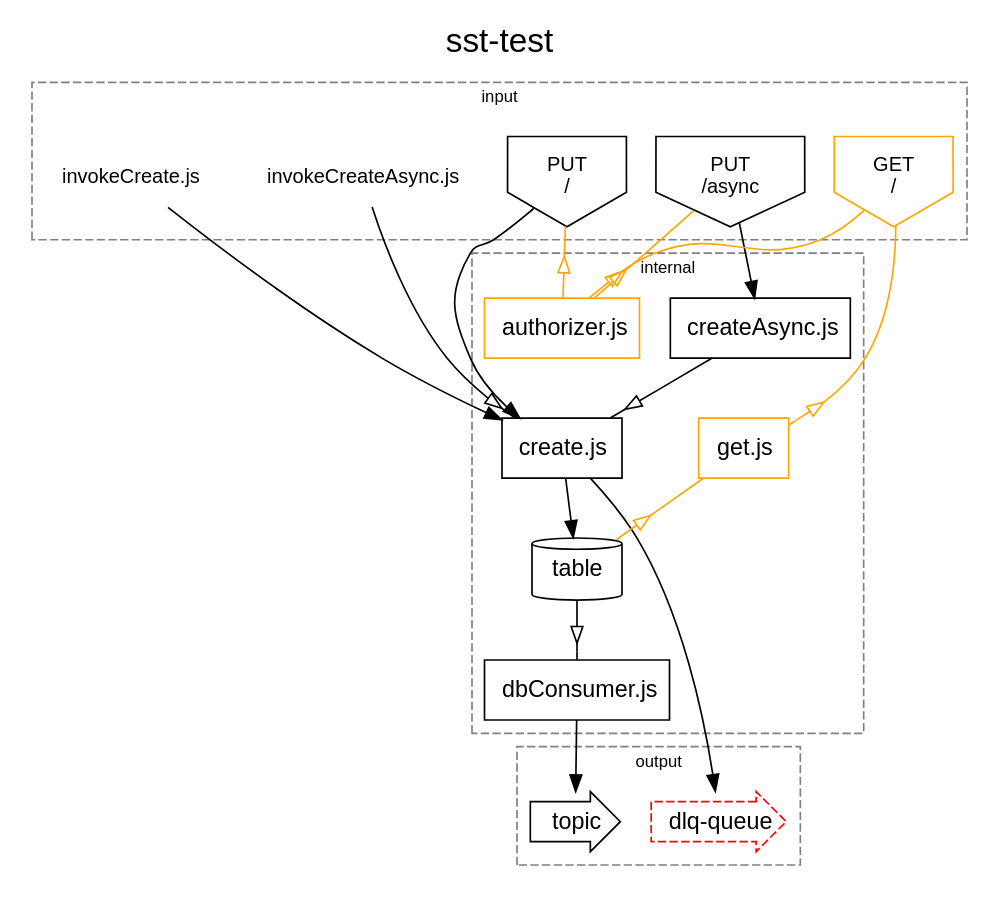
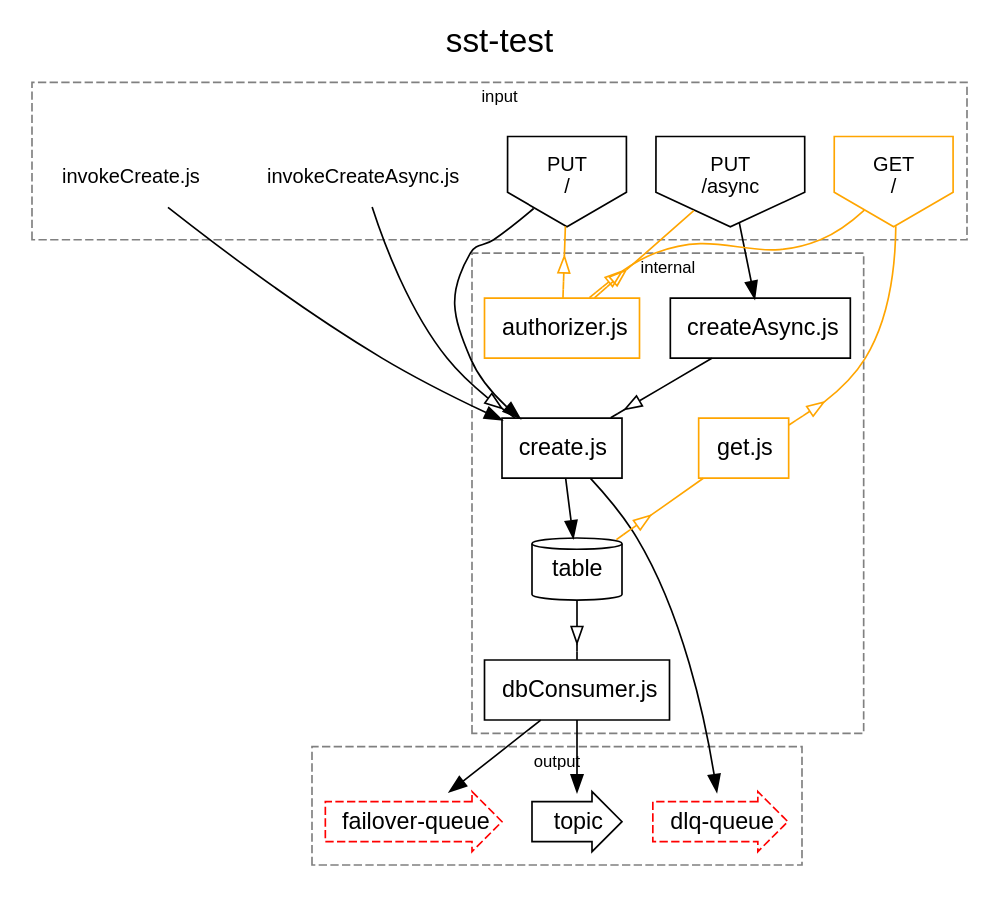
One commit to wintvelt/sst-test changed the diagram in stackdef/stackdef.dot. Above: the diagram before and after it, drawn with Graphviz. The commit also changed 8 other files, not shown here.

```diff
--- a/stackdef/stackdef.dot
+++ b/stackdef/stackdef.dot
@@ -1,87 +1,92 @@
 digraph {
         node [shape=plaintext fontname="Arial" fontsize="10"]
         edge [fontname="Arial" fontsize="10"]
         subgraph cluster0 {
             label="internal"
             fontname="Arial"
             fontsize=10
             color=grey
             style=dashed
             node0 [ shape=box label=<
             <table border="0" cellborder="0" cellspacing="0">
             <tr><td align="left"><font point-size="14">create.js</font></td></tr>
             </table>>]
         node1 [ shape=box label=<
             <table border="0" cellborder="0" cellspacing="0">
             <tr><td align="left"><font point-size="14">createAsync.js</font></td></tr>
             </table>>]
         node2 [ shape=box color=orange label=<
             <table border="0" cellborder="0" cellspacing="0">
             <tr><td align="left"><font point-size="14">authorizer.js</font></td></tr>
             </table>>]
         node3 [ shape=box label=<
             <table border="0" cellborder="0" cellspacing="0">
             <tr><td align="left"><font point-size="14">dbConsumer.js</font></td></tr>
             </table>>]
         node4 [ shape=box color=orange label=<
             <table border="0" cellborder="0" cellspacing="0">
             <tr><td align="left"><font point-size="14">get.js</font></td></tr>
             </table>>]
         node8 [ shape=cylinder label=<
             <table border="0" cellborder="0" cellspacing="0">
             <tr><td align="left"><font point-size="14">table</font></td></tr>
             </table>>]
     }
     subgraph cluster1 {
             label="input"
             fontname="Arial"
             fontsize=10
             color=grey
             style=dashed
             node5 [ shape=plaintext label=<
             <table border="0" cellborder="0" cellspacing="0">
             <tr><td align="left"><font point-size="12">invokeCreate.js</font></td></tr>
             </table>>]
         node6 [ shape=plaintext label=<
             <table border="0" cellborder="0" cellspacing="0">
             <tr><td align="left"><font point-size="12">invokeCreateAsync.js</font></td></tr>
             </table>>]
         node7 [ shape=invhouse fontsize=12 label="PUT\n/"]
         node10 [ shape=invhouse fontsize=12 label="PUT\n/async"]
         node11 [ shape=invhouse color=orange fontsize=12 label="GET\n/"]
     }
     subgraph cluster2 {
             label="output"
             fontname="Arial"
             fontsize=10
             color=grey
             style=dashed
             node9 [ shape=rarrow style=dashed color=red label=<
             <table border="0" cellborder="0" cellspacing="0">
             <tr><td align="left"><font point-size="14">dlq-queue</font></td></tr>
             </table>>]
         node12 [ shape=rarrow label=<
             <table border="0" cellborder="0" cellspacing="0">
             <tr><td align="left"><font point-size="14">topic</font></td></tr>
             </table>>]
+        node13 [ shape=rarrow style=dashed color=red label=<
+            <table border="0" cellborder="0" cellspacing="0">
+            <tr><td align="left"><font point-size="14">failover-queue</font></td></tr>
+            </table>>]
     }
     node7 -> node0
     node0 -> node8
     node0 -> node9
     node10 -> node1
     node1 -> node0 [arrowhead = nonenoneonormal]
     node11 -> node2 [color=orange arrowhead=nonenonenoneoinv]
     node7 -> node2 [color=orange arrowhead=nonenonenoneoinv]
     node10 -> node2 [color=orange arrowhead=nonenonenoneoinv]
     node8 -> node3 [arrowhead = nonenoneonormal]
     node3 -> node12
+    node3 -> node13
     node11 -> node4 [color=orange arrowhead=nonenonenoneoinv]
     node4 -> node8 [color=orange arrowhead=nonenonenoneoinv]
     node5 -> node0
     node6 -> node0 [arrowhead = nonenoneonormal]
 
     labelloc="t"
     fontname="Arial"
     fontsize="20"
     label="sst-test"
 }
```
